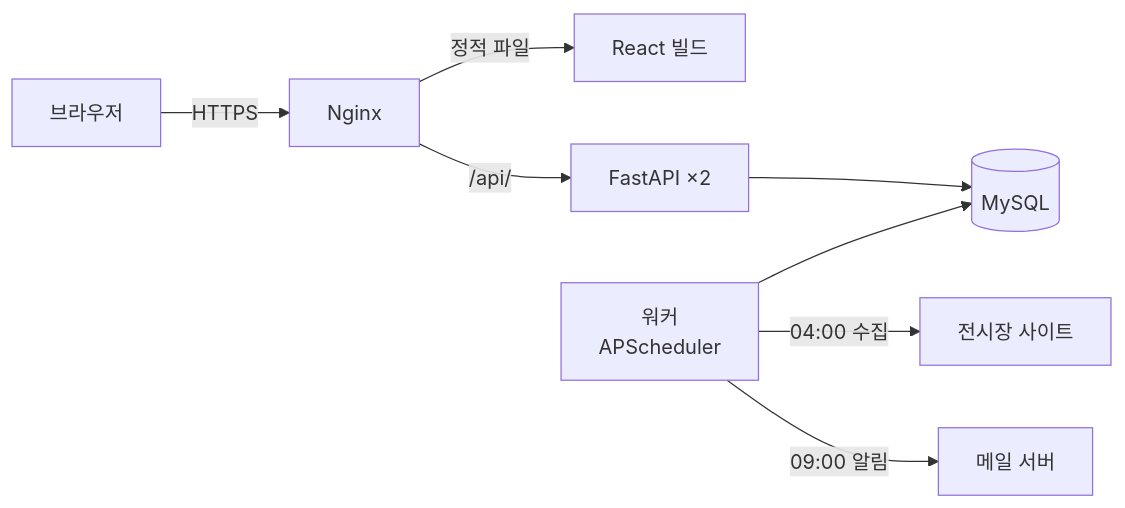
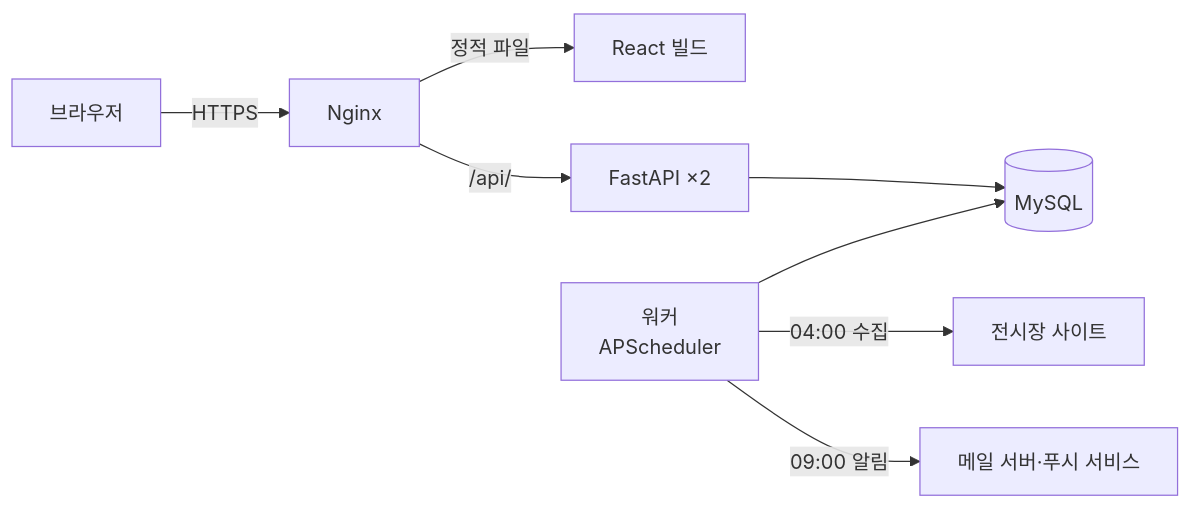
The first of 2 diagrams in README.md (wlsdnr4319-jpg/fairpick), drawn with Mermaid before and after one commit. The commit also changed other lines of this file and 3 other files, not shown here.

````diff
--- a/README.md
+++ b/README.md
@@ -39,10 +39,10 @@
 ```mermaid
 flowchart LR
     B[브라우저] -->|HTTPS| N[Nginx]
     N -->|정적 파일| F[React 빌드]
     N -->|/api/| A[FastAPI ×2]
     A --> D[(MySQL)]
     W[워커<br/>APScheduler] -->|04:00 수집| S[전시장 사이트]
-    W -->|09:00 알림| M[메일 서버]
+    W -->|09:00 알림| M[메일 서버·푸시 서비스]
     W --> D
 ```
````
